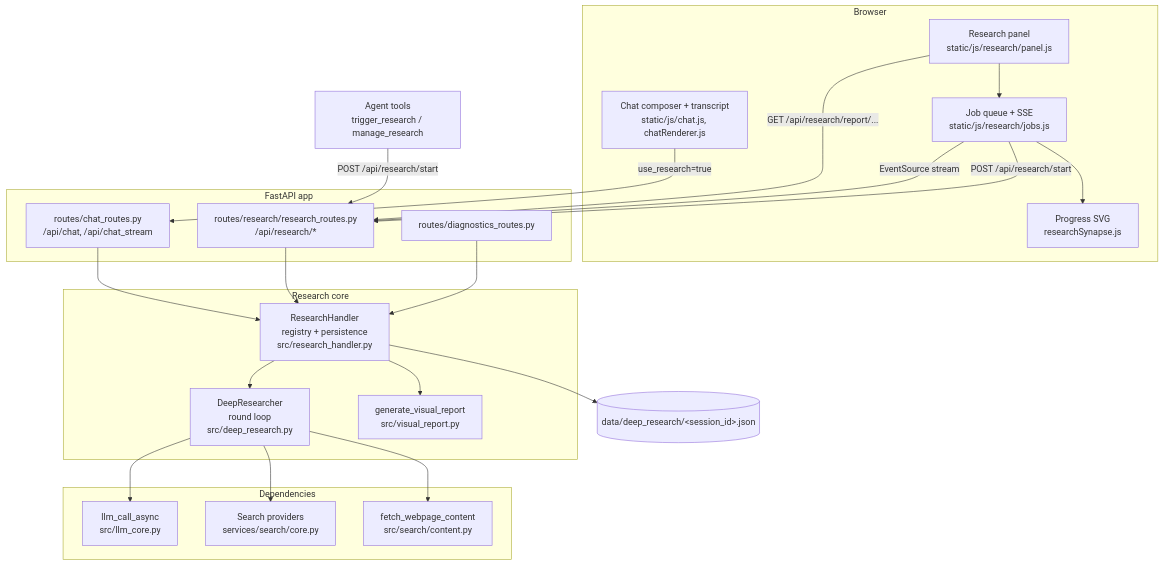
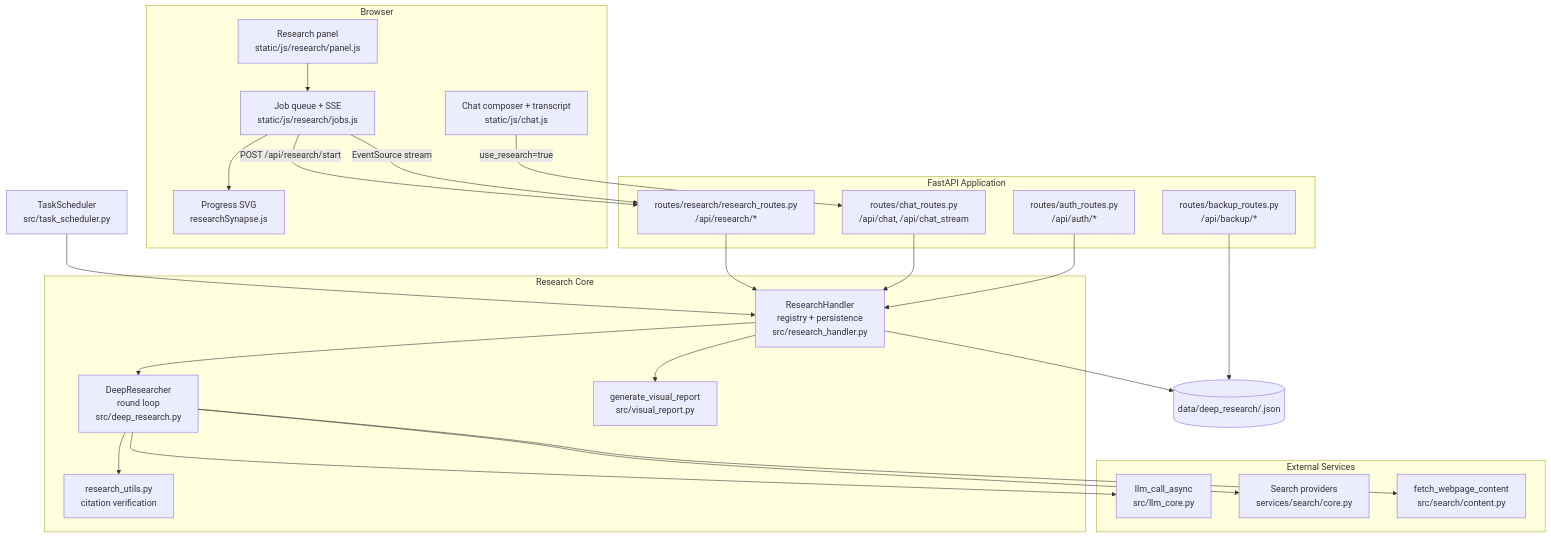
The first of 3 diagrams in docs/guides/research.md (yash-dev007/Zephyrus), drawn with Mermaid before and after one commit. The commit also changed other lines of this file and 34 other files, not shown here.

Commit message:
DEEP RESEARCH FIXES

````diff
--- a/docs/guides/research.md
+++ b/docs/guides/research.md
@@ -166,47 +112,50 @@
 ```mermaid
 flowchart TB
     subgraph Client["Browser"]
         Panel["Research panel<br/>static/js/research/panel.js"]
         Jobs["Job queue + SSE<br/>static/js/research/jobs.js"]
         Synapse["Progress SVG<br/>researchSynapse.js"]
-        ChatUI["Chat composer + transcript<br/>static/js/chat.js, chatRenderer.js"]
+        ChatUI["Chat composer + transcript<br/>static/js/chat.js"]
     end
 
-    subgraph HTTP["FastAPI app"]
+    subgraph HTTP["FastAPI Application"]
         Routes["routes/research/research_routes.py<br/>/api/research/*"]
         ChatRoute["routes/chat_routes.py<br/>/api/chat, /api/chat_stream"]
-        Diag["routes/diagnostics_routes.py"]
+        BackupRoute["routes/backup_routes.py<br/>/api/backup/*"]
+        AuthRoute["routes/auth_routes.py<br/>/api/auth/*"]
     end
 
-    subgraph Core["Research core"]
+    subgraph Core["Research Core"]
         Handler["ResearchHandler<br/>registry + persistence<br/>src/research_handler.py"]
         Engine["DeepResearcher<br/>round loop<br/>src/deep_research.py"]
         Visual["generate_visual_report<br/>src/visual_report.py"]
+        Utils["research_utils.py<br/>citation verification"]
     end
 
-    subgraph Deps["Dependencies"]
+    subgraph External["External Services"]
         LLM["llm_call_async<br/>src/llm_core.py"]
         Search["Search providers<br/>services/search/core.py"]
         Fetch["fetch_webpage_content<br/>src/search/content.py"]
     end
 
-    Disk[("data/deep_research/&lt;session_id&gt;.json")]
-    Agent["Agent tools<br/>trigger_research / manage_research"]
+    Disk[("data/deep_research/<session_id>.json")]
+    Scheduler["TaskScheduler<br/>src/task_scheduler.py"]
 
     Panel --> Jobs
     Jobs -->|"POST /api/research/start"| Routes
     Jobs -->|"EventSource stream"| Routes
     Jobs --> Synapse
     ChatUI -->|"use_research=true"| ChatRoute
-    Agent -->|"POST /api/research/start"| Routes
-    Diag --> Handler
+    Scheduler --> Handler
     Routes --> Handler
     ChatRoute --> Handler
+    BackupRoute --> Disk
+    AuthRoute --> Handler
     Handler --> Engine
     Handler --> Visual
     Handler --> Disk
+    Engine --> Utils
     Engine --> LLM
     Engine --> Search
     Engine --> Fetch
-    Panel -->|"GET /api/research/report/..."| Routes
 ```
````
